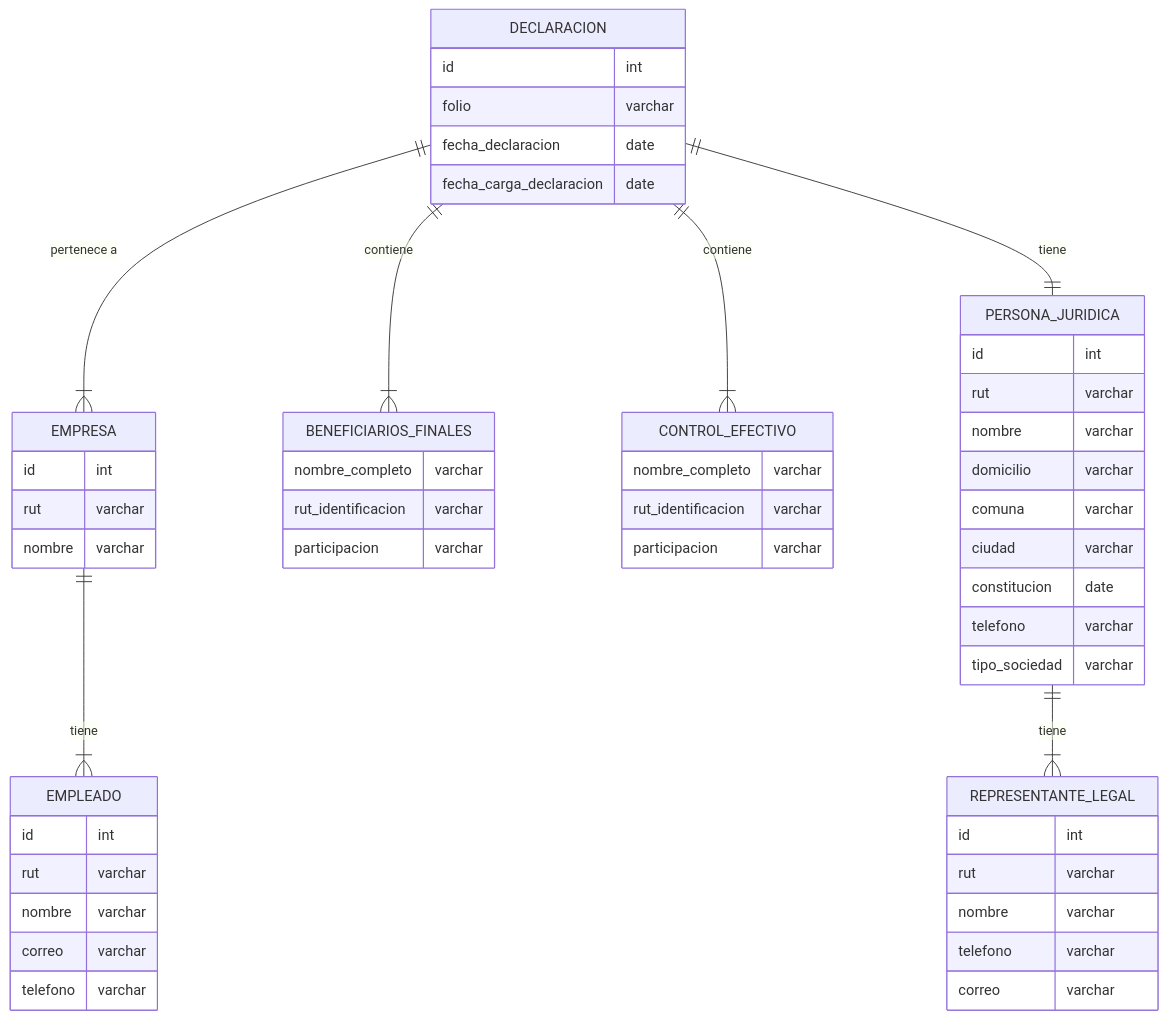
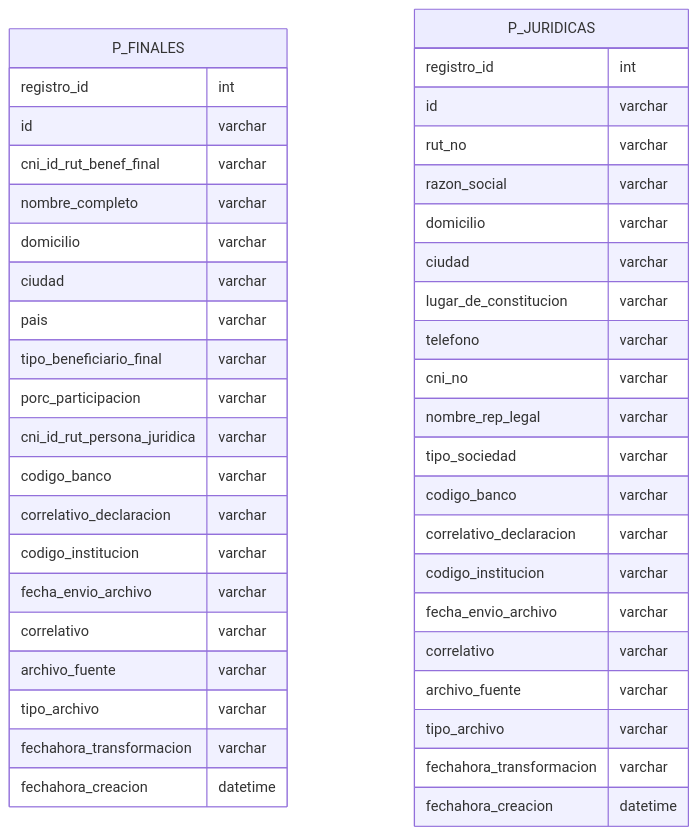
One commit to 8TerasDev/sinacofi-next changed the diagram in documentation/bbdd/ent_rel_model.md. Above: the diagram before and after it, drawn with Mermaid. The commit also changed 10 other files, not shown here.

````diff
--- a/documentation/bbdd/ent_rel_model.md
+++ b/documentation/bbdd/ent_rel_model.md
@@ -1,65 +1,50 @@
 ```mermaid
 
 erDiagram
 
-  DECLARACION ||--|{ EMPRESA : "pertenece a"
-  EMPRESA ||--|{ EMPLEADO : "tiene"
-  DECLARACION ||--|{ BENEFICIARIOS_FINALES : "contiene"
-  DECLARACION ||--|{ CONTROL_EFECTIVO : "contiene"
-  DECLARACION ||--|| PERSONA_JURIDICA : "tiene"
-  PERSONA_JURIDICA ||--|{ REPRESENTANTE_LEGAL : "tiene"
-
-  DECLARACION {
-    id int
-    folio varchar
-    fecha_declaracion date
-    fecha_carga_declaracion date
-  }
-  
-  EMPRESA {
-    id int
-    rut varchar
-    nombre varchar
+  P_FINALES {
+      registro_id int
+      id varchar
+      cni_id_rut_benef_final varchar
+      nombre_completo varchar
+      domicilio varchar
+      ciudad varchar
+      pais varchar
+      tipo_beneficiario_final varchar
+      porc_participacion varchar
+      cni_id_rut_persona_juridica varchar
+      codigo_banco varchar
+      correlativo_declaracion varchar
+      codigo_institucion varchar
+      fecha_envio_archivo varchar
+      correlativo varchar
+      archivo_fuente varchar
+      tipo_archivo varchar
+      fechahora_transformacion varchar
+      fechahora_creacion datetime
   }
 
-  EMPLEADO {
-    id int
-    rut varchar
-    nombre varchar
-    correo varchar
-    telefono varchar
-  }
-
-  BENEFICIARIOS_FINALES {
-    nombre_completo varchar
-    rut_identificacion varchar
-    participacion varchar
-  }
-
-  CONTROL_EFECTIVO {
-    nombre_completo varchar
-    rut_identificacion varchar
-    participacion varchar
-  }
-
-  PERSONA_JURIDICA {
-    id int
-    rut varchar
-    nombre varchar
-    domicilio varchar
-    comuna varchar
-    ciudad varchar
-    constitucion date
-    telefono varchar
-    tipo_sociedad varchar
-  }
-
-  REPRESENTANTE_LEGAL {
-    id int
-    rut varchar
-    nombre varchar
-    telefono varchar
-    correo varchar
+  P_JURIDICAS {
+      registro_id int
+      id varchar
+      rut_no varchar
+      razon_social varchar
+      domicilio varchar
+      ciudad varchar
+      lugar_de_constitucion varchar
+      telefono varchar
+      cni_no varchar
+      nombre_rep_legal varchar
+      tipo_sociedad varchar
+      codigo_banco varchar
+      correlativo_declaracion varchar
+      codigo_institucion varchar
+      fecha_envio_archivo varchar
+      correlativo varchar
+      archivo_fuente varchar
+      tipo_archivo varchar
+      fechahora_transformacion varchar
+      fechahora_creacion datetime
   }
 
 ```
````
